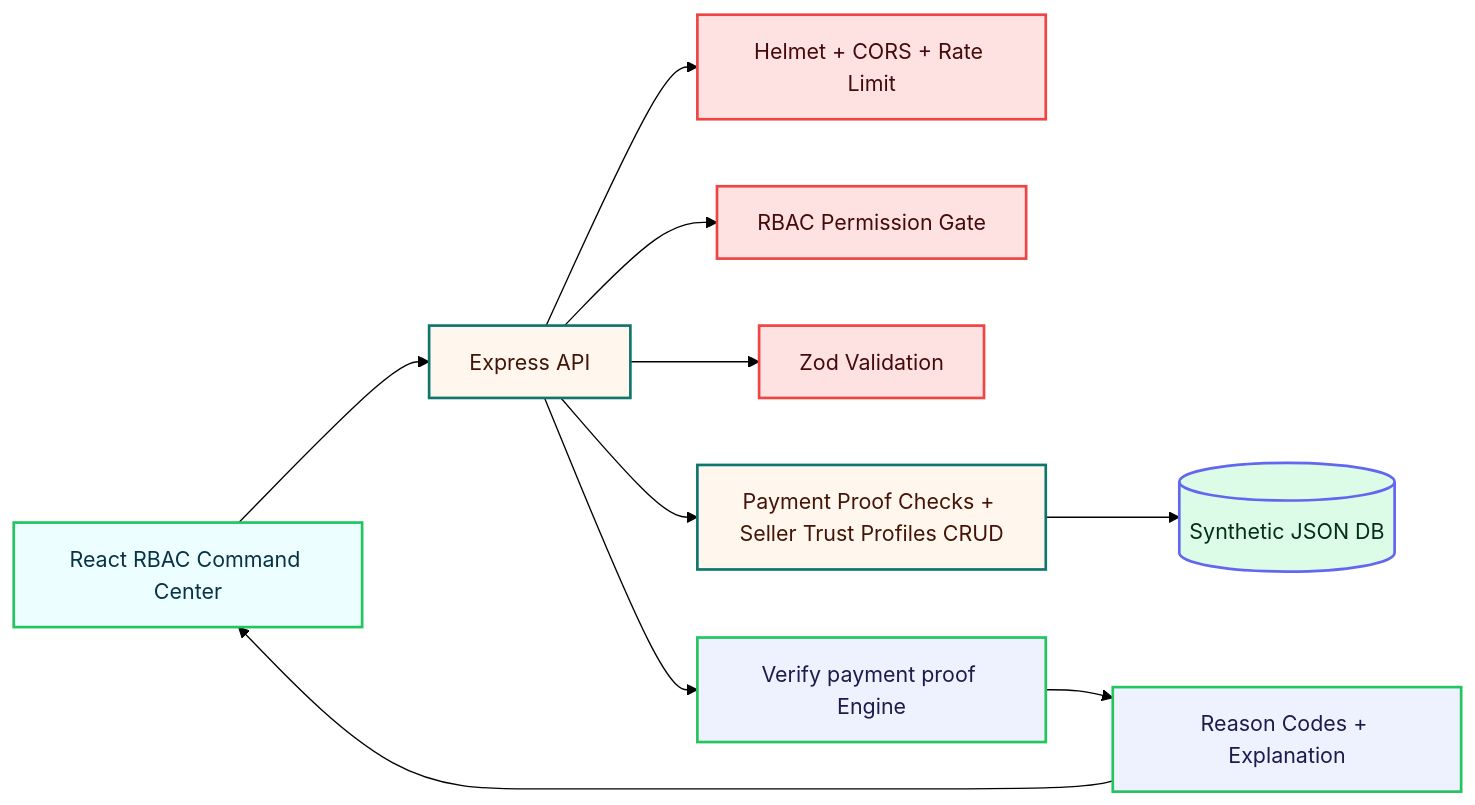
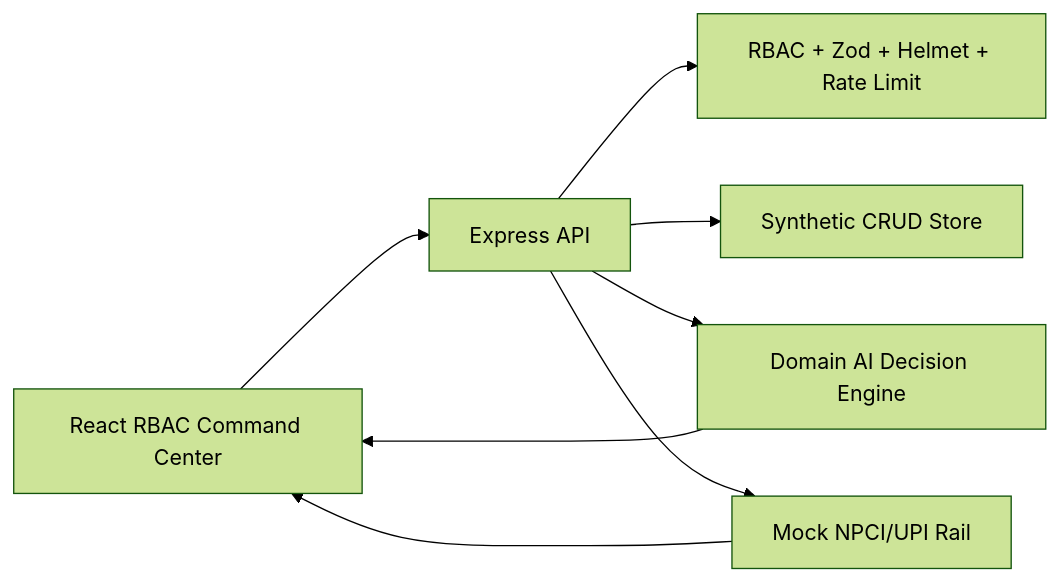
The diagram in README.md (jprbom/upi-social-proof-ledger), drawn with Mermaid (forest theme) before and after one commit. The commit also changed other lines of this file and 15 other files, not shown here.

Commit message:
feat: wire working demo flows and mock UPI rail

```diff
--- a/README.md
+++ b/README.md
@@ -70,18 +59,10 @@
 ~~~mermaid
 flowchart LR
-  UI["React RBAC Command Center"]:::ui --> API["Express API"]:::api
-  API --> SEC["Helmet + CORS + Rate Limit"]:::sec
-  API --> RBAC["RBAC Permission Gate"]:::sec
-  API --> VALID["Zod Validation"]:::sec
-  API --> CRUD["Payment Proof Checks + Seller Trust Profiles CRUD"]:::api
-  API --> ENGINE["Verify payment proof Engine"]:::ai
-  CRUD --> DB[("Synthetic JSON DB")]:::data
-  ENGINE --> EXPLAIN["Reason Codes + Explanation"]:::ai
-  EXPLAIN --> UI
-
-  classDef ui fill:#ecfeff,stroke:#22c55e,stroke-width:2px,color:#083344
-  classDef api fill:#fff7ed,stroke:#0f766e,stroke-width:2px,color:#431407
-  classDef sec fill:#fee2e2,stroke:#ef4444,stroke-width:2px,color:#450a0a
-  classDef ai fill:#eef2ff,stroke:#22c55e,stroke-width:2px,color:#1e1b4b
-  classDef data fill:#dcfce7,stroke:#6366f1,stroke-width:2px,color:#052e16
+  UI["React RBAC Command Center"] --> API["Express API"]
+  API --> RBAC["RBAC + Zod + Helmet + Rate Limit"]
+  API --> CRUD["Synthetic CRUD Store"]
+  API --> AI["Domain AI Decision Engine"]
+  API --> MOCK["Mock NPCI/UPI Rail"]
+  MOCK --> UI
+  AI --> UI
 ~~~
```
